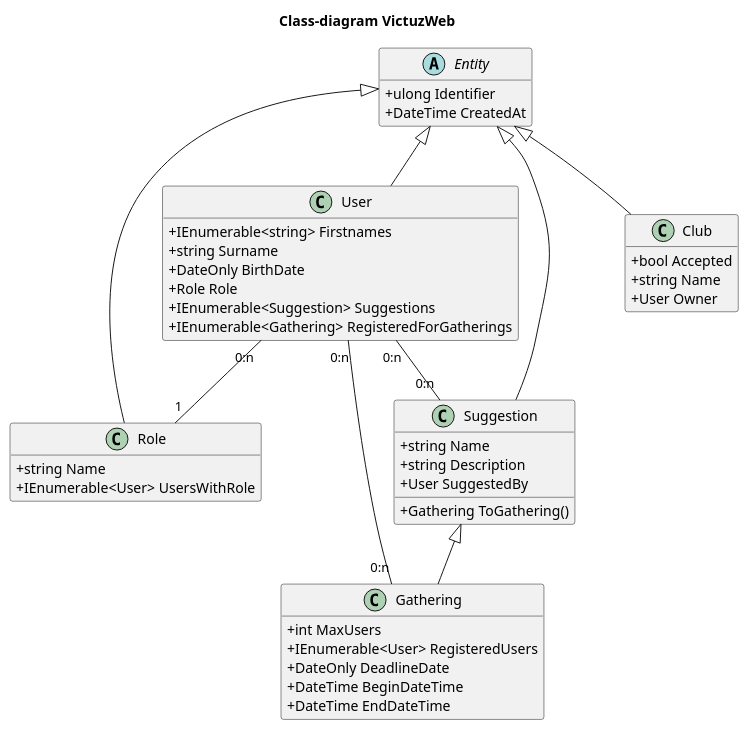
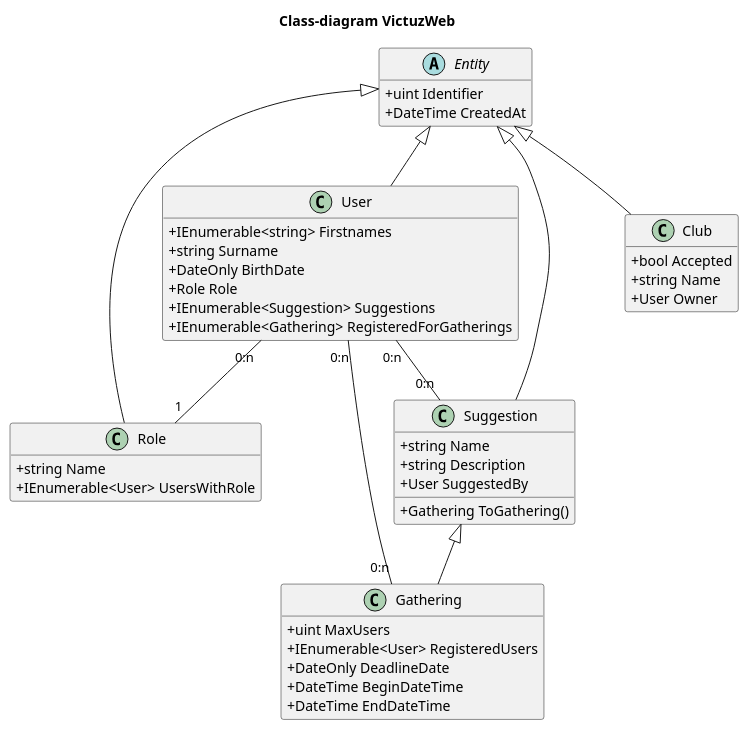
Before and after one commit to SlagterJ/VictuzWeb: the diagram in uml/class.puml, drawn with PlantUML.

Commit message:
uint in class

```diff
--- a/uml/class.puml
+++ b/uml/class.puml
@@ -1,59 +1,59 @@
 @startuml class
 hide empty members
 skinparam classAttributeIconSize 0
 title Class-diagram VictuzWeb
 
 
 abstract Entity {
-  + ulong Identifier
+  + uint Identifier
   + DateTime CreatedAt
 }
 
 class User {
   + IEnumerable<string> Firstnames
   + string Surname
   + DateOnly BirthDate
   + Role Role
   + IEnumerable<Suggestion> Suggestions
   + IEnumerable<Gathering> RegisteredForGatherings
 }
 Entity <|-- User
 
 class Role {
   + string Name
   + IEnumerable<User> UsersWithRole
 }
 Entity <|-- Role
 
 User "0:n" -- "1" Role
 
 class Suggestion {
   + string Name
   + string Description
   + User SuggestedBy
 
   + Gathering ToGathering()
 }
 Entity <|-- Suggestion
 
 User "0:n" -- "0:n" Suggestion
 
 class Gathering {
-  + int MaxUsers
+  + uint MaxUsers
   + IEnumerable<User> RegisteredUsers
   + DateOnly DeadlineDate
   + DateTime BeginDateTime
   + DateTime EndDateTime
 }
 Suggestion <|-- Gathering
 
 User "0:n" -- "0:n" Gathering
 
 class Club {
     + bool Accepted
     + string Name
     + User Owner
 }
 Entity <|-- Club
 
 @enduml
```
